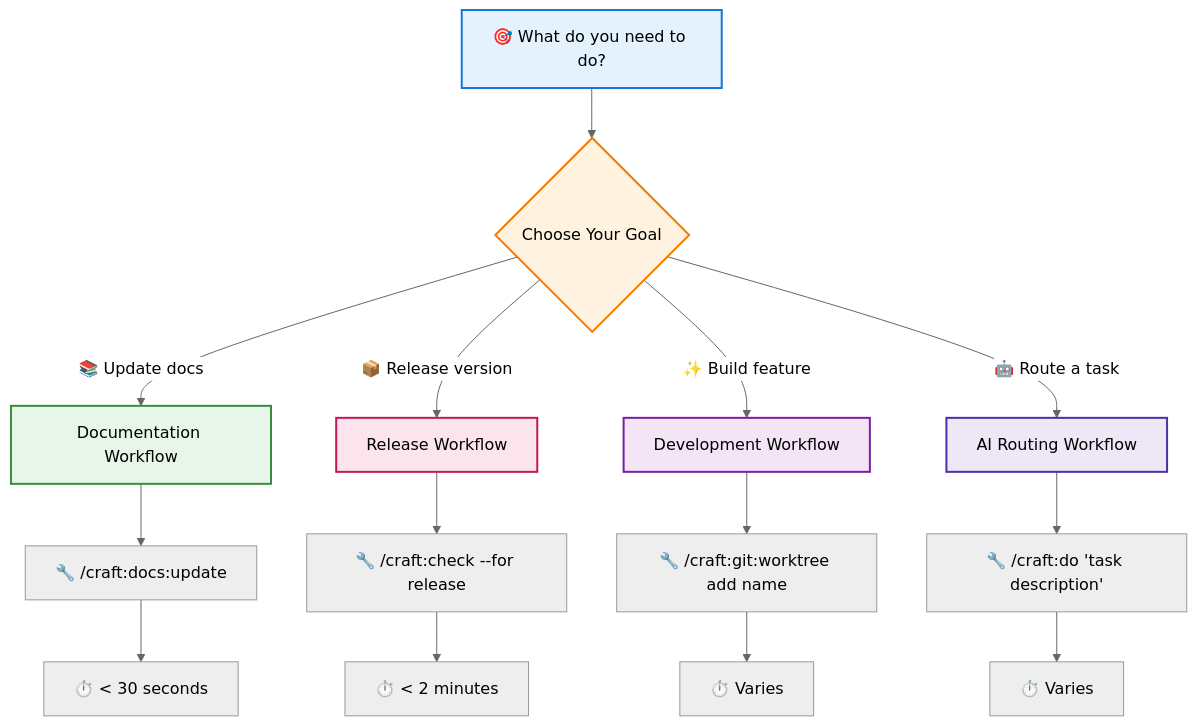
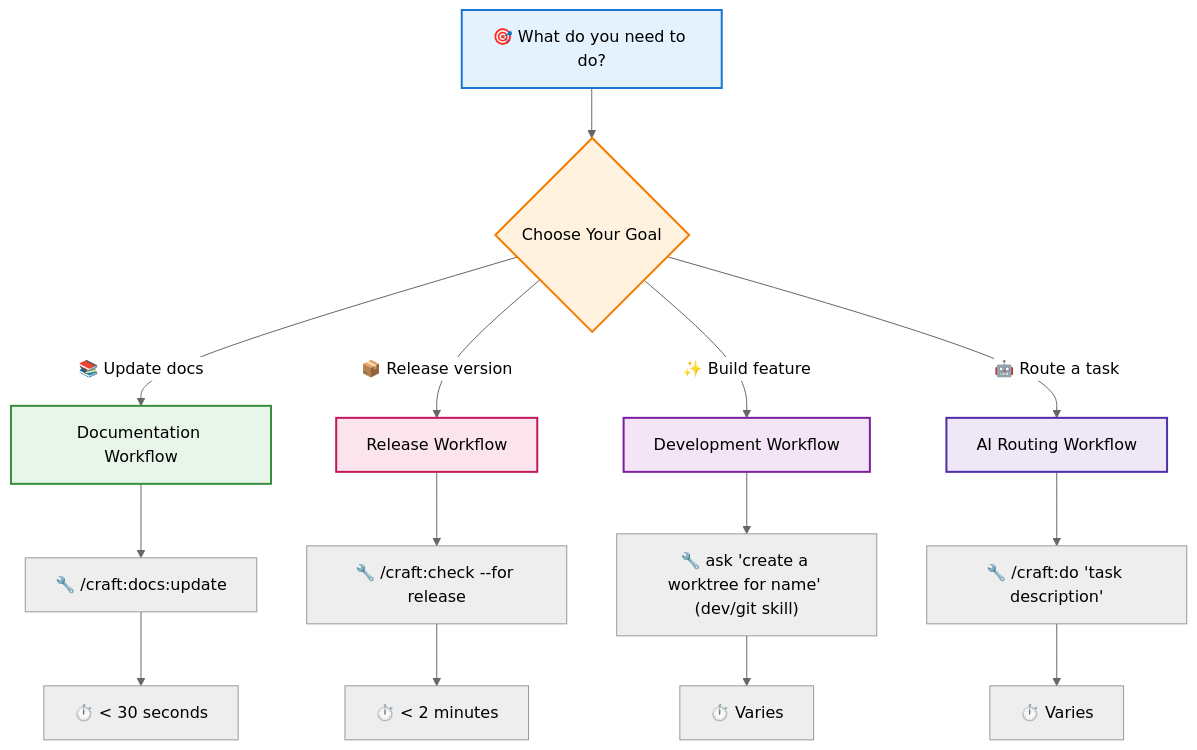
One commit to Data-Wise/craft changed the first of 6 diagrams in docs/workflows/index.md. Above: the diagram before and after it, drawn with Mermaid (neutral theme). The commit also changed other lines of this file and 37 other files, not shown here.

First line of the commit message:
docs: fix stale /craft:git:* references across live docs and skills

````diff
--- a/docs/workflows/index.md
+++ b/docs/workflows/index.md
@@ -20,26 +22,26 @@
 ```mermaid
 flowchart TD
     Start["🎯 What do you need to do?"] --> Goal{Choose Your Goal}
 
     Goal -->|"📚 Update docs"| Docs["Documentation Workflow"]
     Goal -->|"📦 Release version"| Release["Release Workflow"]
     Goal -->|"✨ Build feature"| Dev["Development Workflow"]
     Goal -->|"🤖 Route a task"| Route["AI Routing Workflow"]
 
     Docs --> DocsCmd["🔧 /craft:docs:update"]
     Release --> RelCmd["🔧 /craft:check --for release"]
-    Dev --> DevCmd["🔧 /craft:git:worktree add name"]
+    Dev --> DevCmd["🔧 ask 'create a worktree for name' (dev/git skill)"]
     Route --> RouteCmd["🔧 /craft:do 'task description'"]
 
     DocsCmd --> DocsTime["⏱️ &lt; 30 seconds"]
     RelCmd --> RelTime["⏱️ &lt; 2 minutes"]
     DevCmd --> DevTime["⏱️ Varies"]
     RouteCmd --> RouteTime["⏱️ Varies"]
 
     style Start fill:#e3f2fd,stroke:#1976d2,stroke-width:2px
     style Goal fill:#fff3e0,stroke:#f57c00,stroke-width:2px
     style Docs fill:#e8f5e9,stroke:#388e3c,stroke-width:2px
     style Release fill:#fce4ec,stroke:#c2185b,stroke-width:2px
     style Dev fill:#f3e5f5,stroke:#7b1fa2,stroke-width:2px
     style Route fill:#ede7f6,stroke:#512da8,stroke-width:2px
 ```
````
